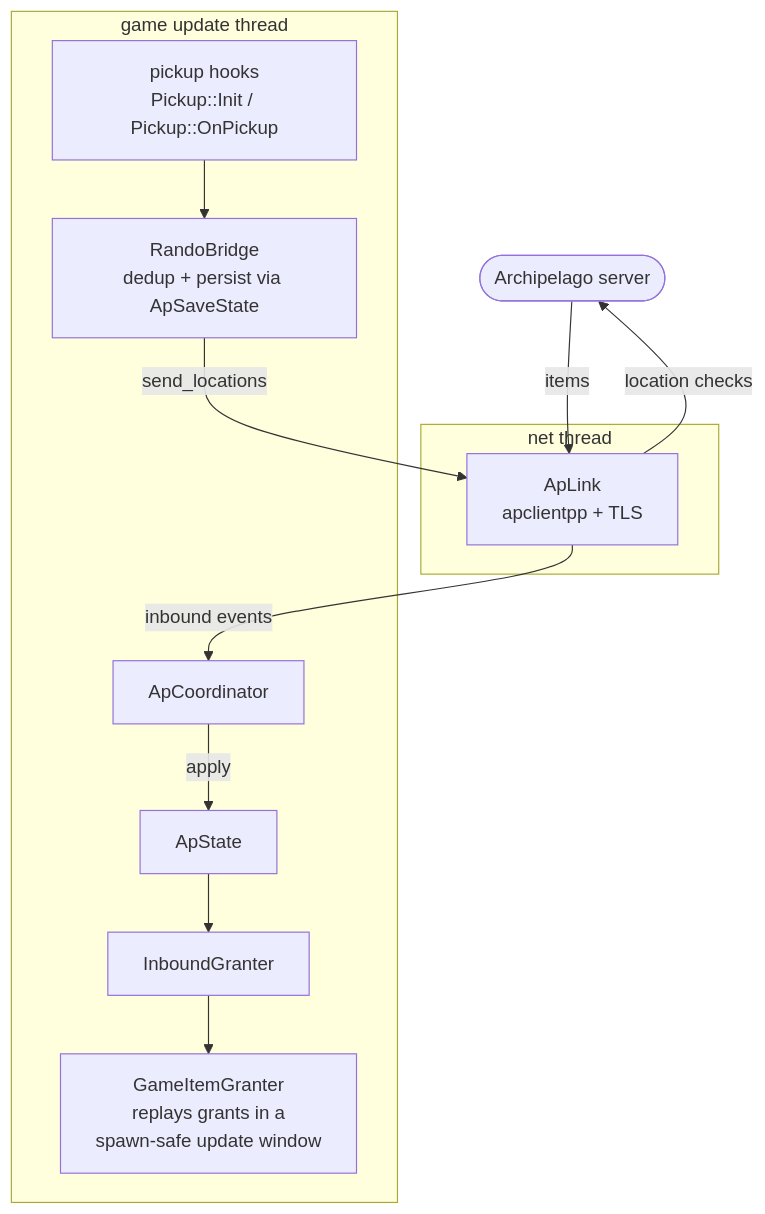
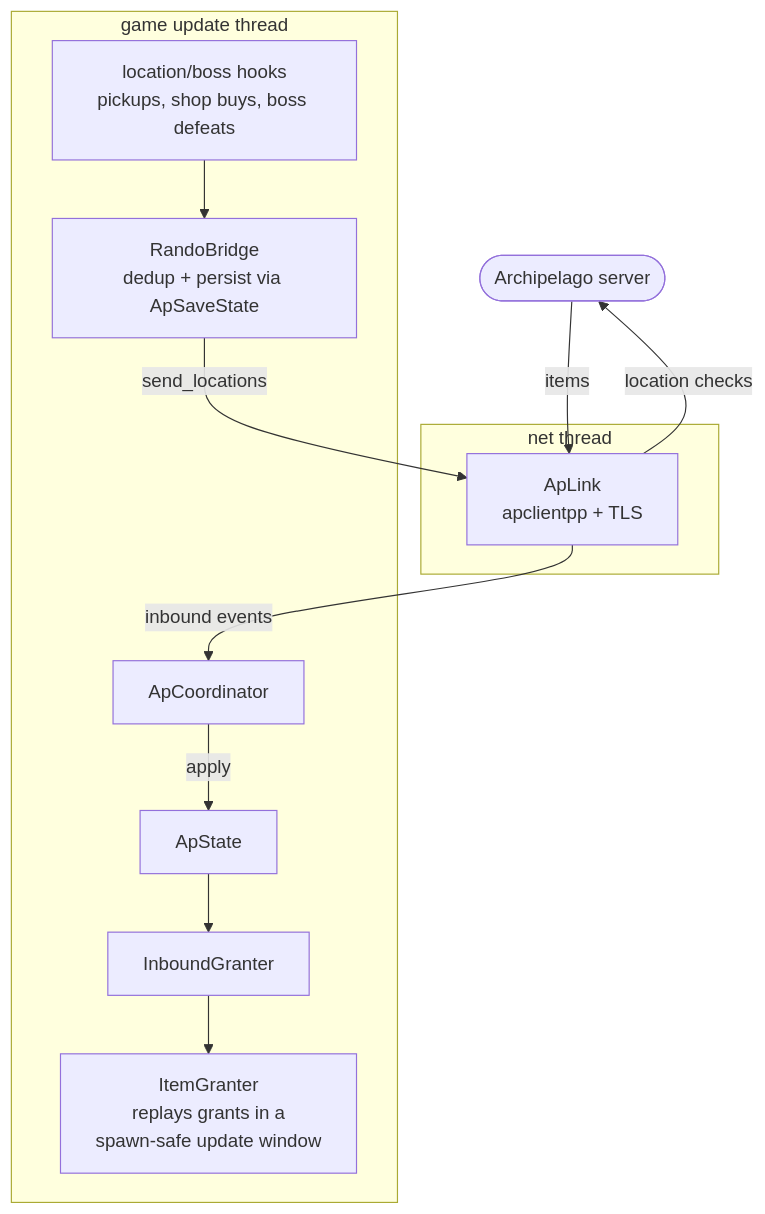
The diagram in docs/architecture.md (Axertin/mth-apclient), drawn with Mermaid before and after one commit. The commit also changed other lines of this file, not shown here.

Commit message:
docs: update architecture for the hooks/ split

````diff
--- a/docs/architecture.md
+++ b/docs/architecture.md
@@ -48,27 +48,27 @@
 ```mermaid
 flowchart TB
     server([Archipelago server])
 
     subgraph net["net thread"]
         link["ApLink<br/>apclientpp + TLS"]
     end
 
     subgraph gamethread["game update thread"]
         coord[ApCoordinator]
         state[ApState]
         inbound[InboundGranter]
-        granter["GameItemGranter<br/>replays grants in a<br/>spawn-safe update window"]
-        hooks["pickup hooks<br/>Pickup::Init / Pickup::OnPickup"]
+        granter["ItemGranter<br/>replays grants in a<br/>spawn-safe update window"]
+        hooks["location/boss hooks<br/>pickups, shop buys, boss defeats"]
         bridge["RandoBridge<br/>dedup + persist via ApSaveState"]
     end
 
     server -->|items| link
     link -->|inbound events| coord
     coord -->|apply| state
     state --> inbound
     inbound --> granter
 
     hooks --> bridge
     bridge -->|send_locations| link
     link -->|location checks| server
 ```
````
